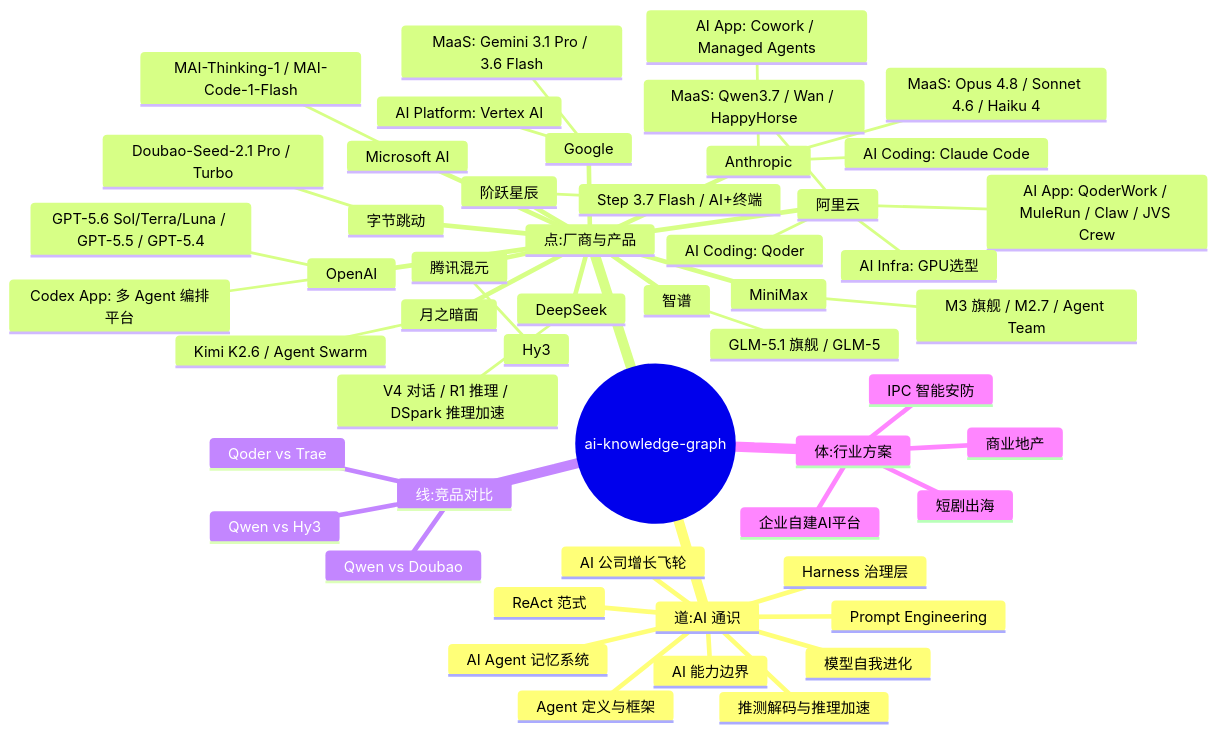
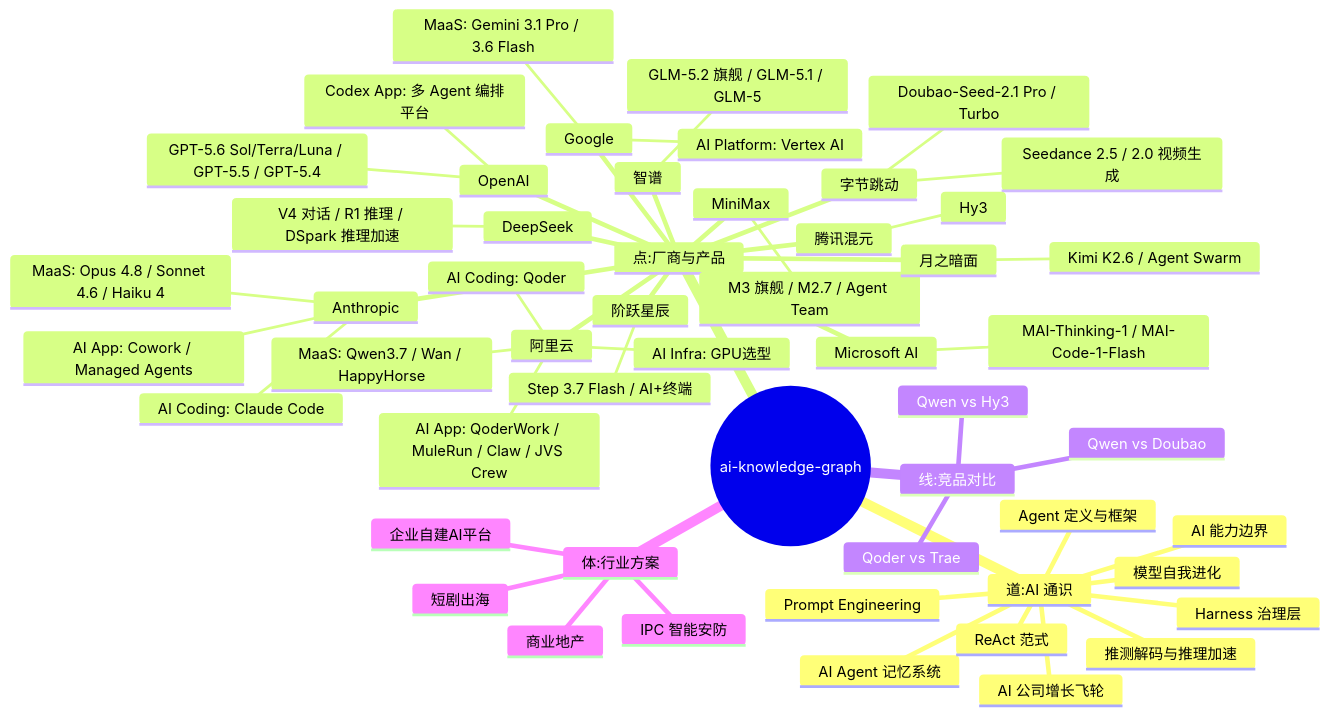
One commit to EthanNiWorld/ai-playbook-2026 changed the first of 2 diagrams in README.md. Above: the diagram before and after it, drawn with Mermaid. The commit also changed other lines of this file and 10 other files, not shown here.

Commit message:
add seedance2.0 and glm5.2,etc

````diff
--- a/README.md
+++ b/README.md
@@ -141,55 +141,56 @@
 ```mermaid
 mindmap
   root((ai-knowledge-graph))
     道:AI 通识
       Agent 定义与框架
       Harness 治理层
       Prompt Engineering
       AI 能力边界
       模型自我进化
       AI Agent 记忆系统
       ReAct 范式
       AI 公司增长飞轮
       推测解码与推理加速
     点:厂商与产品
       阿里云
         MaaS: Qwen3.7 / Wan / HappyHorse
         AI Coding: Qoder
         AI App: QoderWork / MuleRun / Claw / JVS Crew
         AI Infra: GPU选型
       Google
         MaaS: Gemini 3.1 Pro / 3.6 Flash
         AI Platform: Vertex AI
       Anthropic
         MaaS: Opus 4.8 / Sonnet 4.6 / Haiku 4
         AI Coding: Claude Code
         AI App: Cowork / Managed Agents
       MiniMax
         M3 旗舰 / M2.7 / Agent Team
       DeepSeek
         V4 对话 / R1 推理 / DSpark 推理加速
       OpenAI
         GPT-5.6 Sol/Terra/Luna / GPT-5.5 / GPT-5.4
         Codex App: 多 Agent 编排平台
       Microsoft AI
         MAI-Thinking-1 / MAI-Code-1-Flash
       智谱
-        GLM-5.1 旗舰 / GLM-5
+        GLM-5.2 旗舰 / GLM-5.1 / GLM-5
       月之暗面
         Kimi K2.6 / Agent Swarm
       字节跳动
         Doubao-Seed-2.1 Pro / Turbo
+        Seedance 2.5 / 2.0 视频生成
       腾讯混元
         Hy3
       阶跃星辰
         Step 3.7 Flash / AI+终端
     线:竞品对比
       Qoder vs Trae
       Qwen vs Hy3
       Qwen vs Doubao
     体:行业方案
       IPC 智能安防
       短剧出海
       商业地产
       企业自建AI平台
 ```
````
